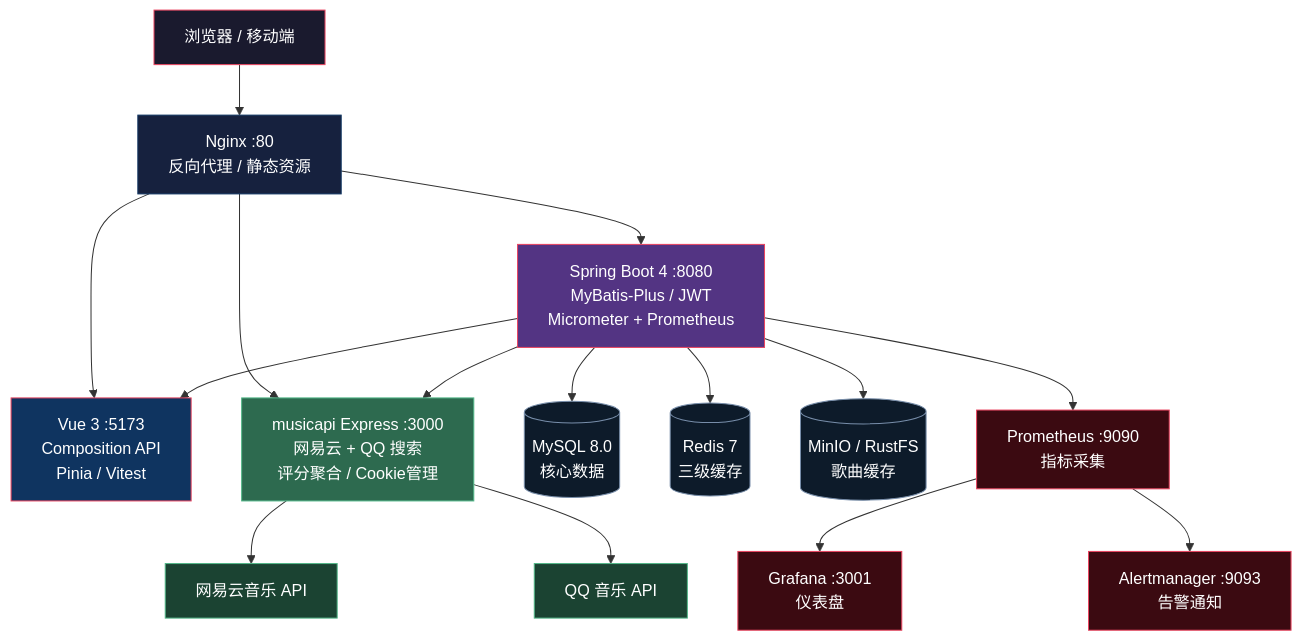
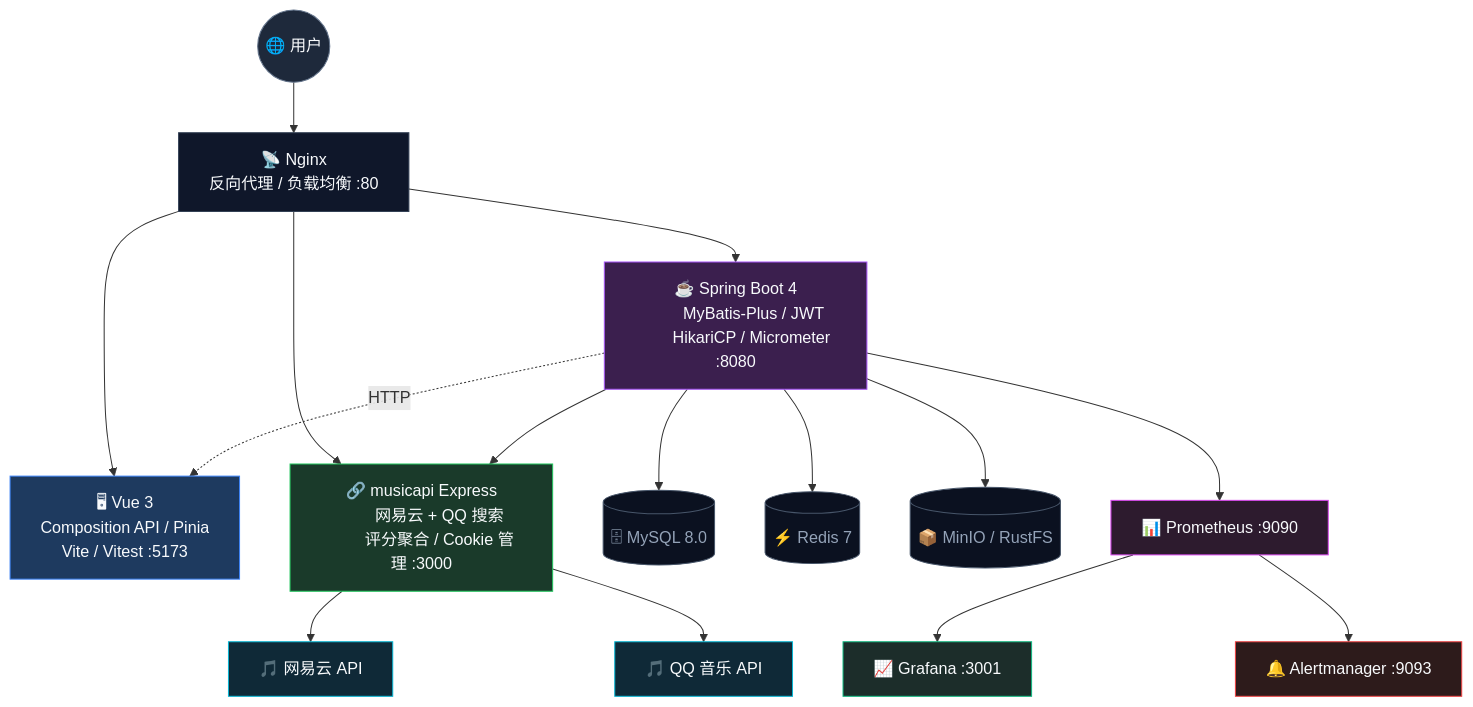
The first of 4 diagrams in README.md (chunren1/vibeMusic), drawn with Mermaid before and after one commit.

Commit message:
重新美化架构图: 统一配色 + emoji图标 + 圆角节点

````diff
--- a/README.md
+++ b/README.md
@@ -88,64 +88,58 @@
 ```mermaid
 graph TB
-    U[浏览器 / 移动端]
-    NG["Nginx :80
-        反向代理 / 静态资源"]
+    U(("🌐 用户"))
+    NG["📡 Nginx
+        反向代理 / 负载均衡 :80"]
 
-    V["Vue 3 :5173
-        Composition API
-        Pinia / Vitest"]
+    V["🖥 Vue 3
+        Composition API / Pinia
+        Vite / Vitest :5173"]
 
-    SB["Spring Boot 4 :8080
+    SB["☕ Spring Boot 4
         MyBatis-Plus / JWT
-        Micrometer + Prometheus"]
+        HikariCP / Micrometer :8080"]
 
-    BFF["musicapi Express :3000
+    BFF["🔗 musicapi Express
         网易云 + QQ 搜索
-        评分聚合 / Cookie管理"]
+        评分聚合 / Cookie 管理 :3000"]
 
-    NE["网易云音乐 API"]
-    Q["QQ 音乐 API"]
+    NE["🎵 网易云 API"]
+    Q["🎵 QQ 音乐 API"]
 
-    M[("MySQL 8.0
-        核心数据")]
-    R[("Redis 7
-        三级缓存")]
-    ST[("MinIO / RustFS
-        歌曲缓存")]
+    M[("🗄 MySQL 8.0")]
+    R[("⚡ Redis 7")]
+    ST[("📦 MinIO / RustFS")]
 
-    P["Prometheus :9090
-        指标采集"]
-    G["Grafana :3001
-        仪表盘"]
-    A["Alertmanager :9093
-        告警通知"]
+    P["📊 Prometheus :9090"]
+    G["📈 Grafana :3001"]
+    A["🔔 Alertmanager :9093"]
 
     U --> NG
     NG --> V
     NG --> SB
     NG --> BFF
-    SB --> V
+    SB -.->|HTTP| V
     SB --> BFF
     BFF --> NE
     BFF --> Q
     SB --> M
     SB --> R
     SB --> ST
     SB --> P
     P --> G
     P --> A
 
-    style U fill:#1a1a2e,stroke:#e94560,color:#fff
-    style NG fill:#16213e,stroke:#0f3460,color:#fff
-    style V fill:#0f3460,stroke:#e94560,color:#fff
-    style SB fill:#533483,stroke:#e94560,color:#fff
-    style BFF fill:#2d6a4f,stroke:#52b788,color:#fff
-    style NE fill:#1b4332,stroke:#52b788,color:#fff
-    style Q fill:#1b4332,stroke:#52b788,color:#fff
-    style M fill:#0d1b2a,stroke:#778da9,color:#fff
-    style R fill:#0d1b2a,stroke:#778da9,color:#fff
-    style ST fill:#0d1b2a,stroke:#778da9,color:#fff
-    style P fill:#3b0a11,stroke:#e94560,color:#fff
-    style G fill:#3b0a11,stroke:#e94560,color:#fff
-    style A fill:#3b0a11,stroke:#e94560,color:#fff
+    style U fill:#1e293b,stroke:#64748b,color:#f8fafc
+    style NG fill:#0f172a,stroke:#334155,color:#f8fafc
+    style V fill:#1e3a5f,stroke:#3b82f6,color:#f8fafc
+    style SB fill:#3b1f4e,stroke:#a855f7,color:#f8fafc
+    style BFF fill:#1a3a2a,stroke:#22c55e,color:#f8fafc
+    style NE fill:#0f2937,stroke:#06b6d4,color:#f8fafc
+    style Q fill:#0f2937,stroke:#06b6d4,color:#f8fafc
+    style M fill:#0b1120,stroke:#475569,color:#94a3b8
+    style R fill:#0b1120,stroke:#475569,color:#94a3b8
+    style ST fill:#0b1120,stroke:#475569,color:#94a3b8
+    style P fill:#2d1b2e,stroke:#d946ef,color:#f8fafc
+    style G fill:#1c2d2a,stroke:#10b981,color:#f8fafc
+    style A fill:#2d1b1b,stroke:#ef4444,color:#f8fafc
 ```
````
